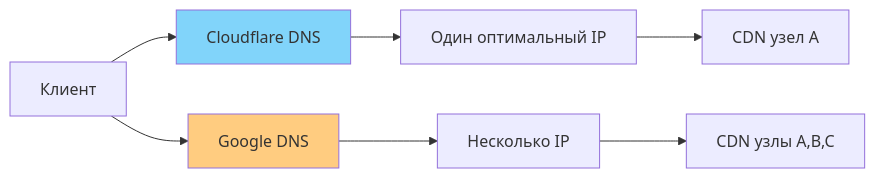
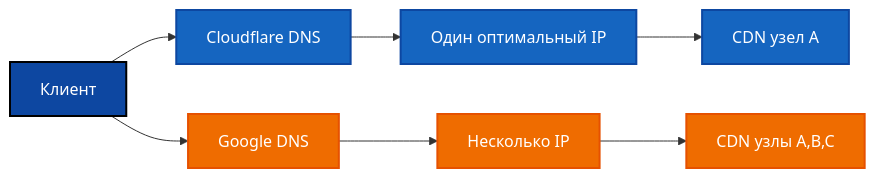
Before and after one commit to KosenkovPro/youtube-video-not-loading-fix: the fifth of 6 diagrams in README.ru.md, drawn with Mermaid. The commit also changed other lines of this file, not shown here.

````diff
--- a/README.ru.md
+++ b/README.ru.md
@@ -116,14 +132,21 @@
 ```mermaid
 flowchart LR
     A[Клиент] --> B[Cloudflare DNS]
     A --> C[Google DNS]
 
     B --> D[Один оптимальный IP]
     C --> E[Несколько IP]
 
     D --> F[CDN узел A]
     E --> G[CDN узлы A,B,C]
 
-    style B fill:#81d4fa
-    style C fill:#ffcc80
+    style A fill:#0d47a1,stroke:#000000,stroke-width:2px,color:#ffffff
+
+    style B fill:#1565c0,stroke:#0d47a1,stroke-width:2px,color:#ffffff
+    style D fill:#1565c0,stroke:#0d47a1,stroke-width:2px,color:#ffffff
+    style F fill:#1565c0,stroke:#0d47a1,stroke-width:2px,color:#ffffff
+
+    style C fill:#ef6c00,stroke:#e65100,stroke-width:2px,color:#ffffff
+    style E fill:#ef6c00,stroke:#e65100,stroke-width:2px,color:#ffffff
+    style G fill:#ef6c00,stroke:#e65100,stroke-width:2px,color:#ffffff
 ```
````
